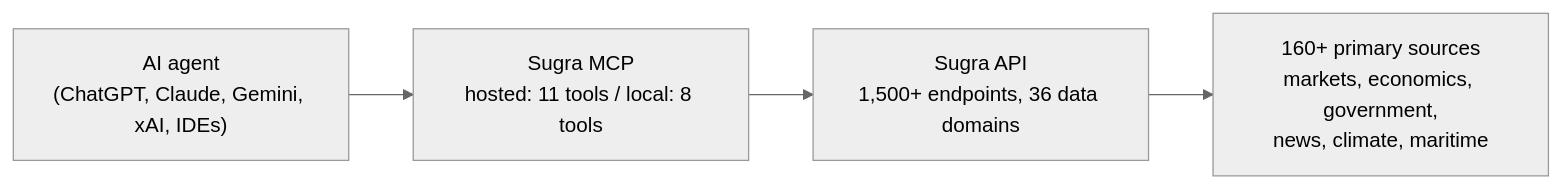
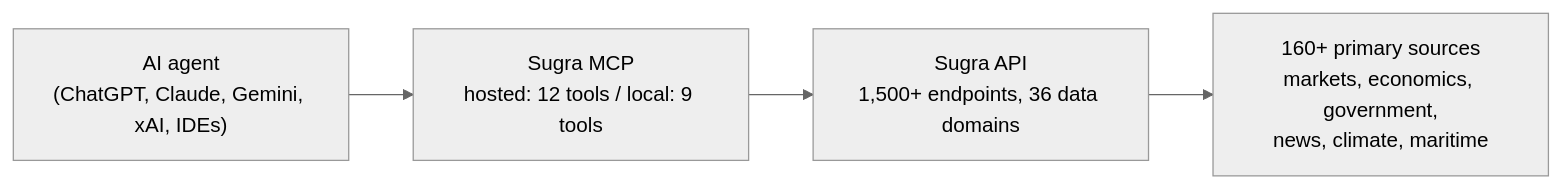
Before and after one commit to Sugra-Systems/sugra-api-mcp: the diagram in README.md, drawn with Mermaid (neutral theme). The commit also changed other lines of this file and 19 other files, not shown here.

````diff
--- a/README.md
+++ b/README.md
@@ -70,6 +70,6 @@
 ```mermaid
 flowchart LR
-    A["AI agent<br/>(ChatGPT, Claude, Gemini, xAI, IDEs)"] --> B["Sugra MCP<br/>hosted: 11 tools / local: 8 tools"]
+    A["AI agent<br/>(ChatGPT, Claude, Gemini, xAI, IDEs)"] --> B["Sugra MCP<br/>hosted: 12 tools / local: 9 tools"]
     B --> C["Sugra API<br/>1,500+ endpoints, 36 data domains"]
     C --> D["160+ primary sources<br/>markets, economics, government,<br/>news, climate, maritime"]
 ```
````
